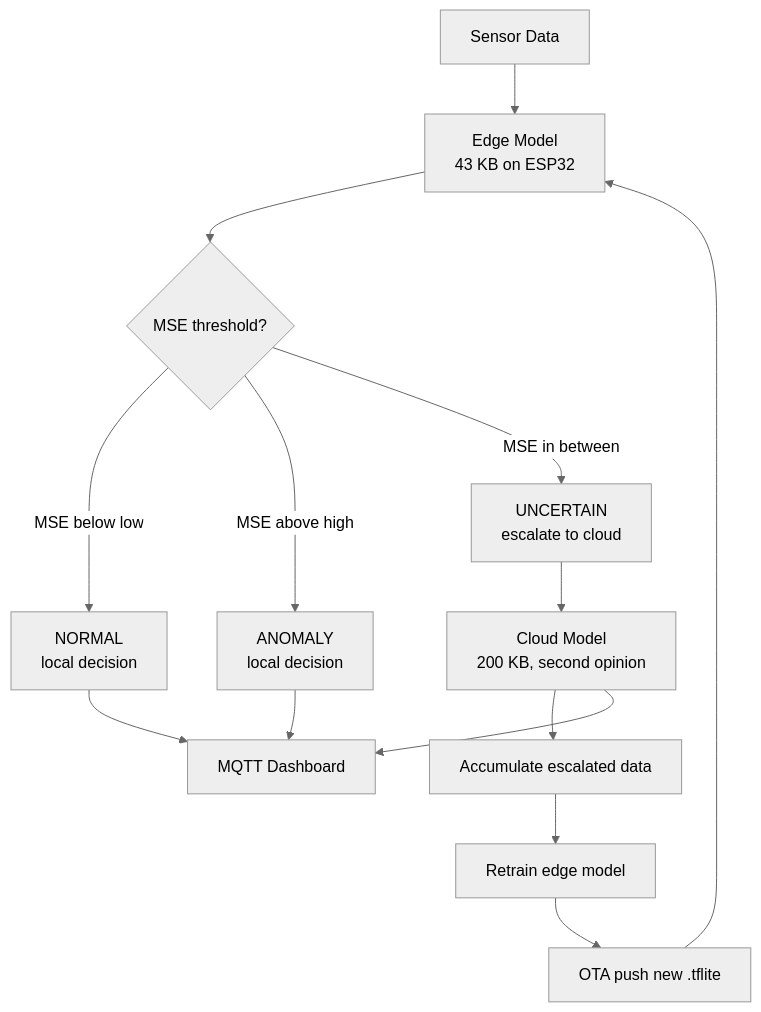
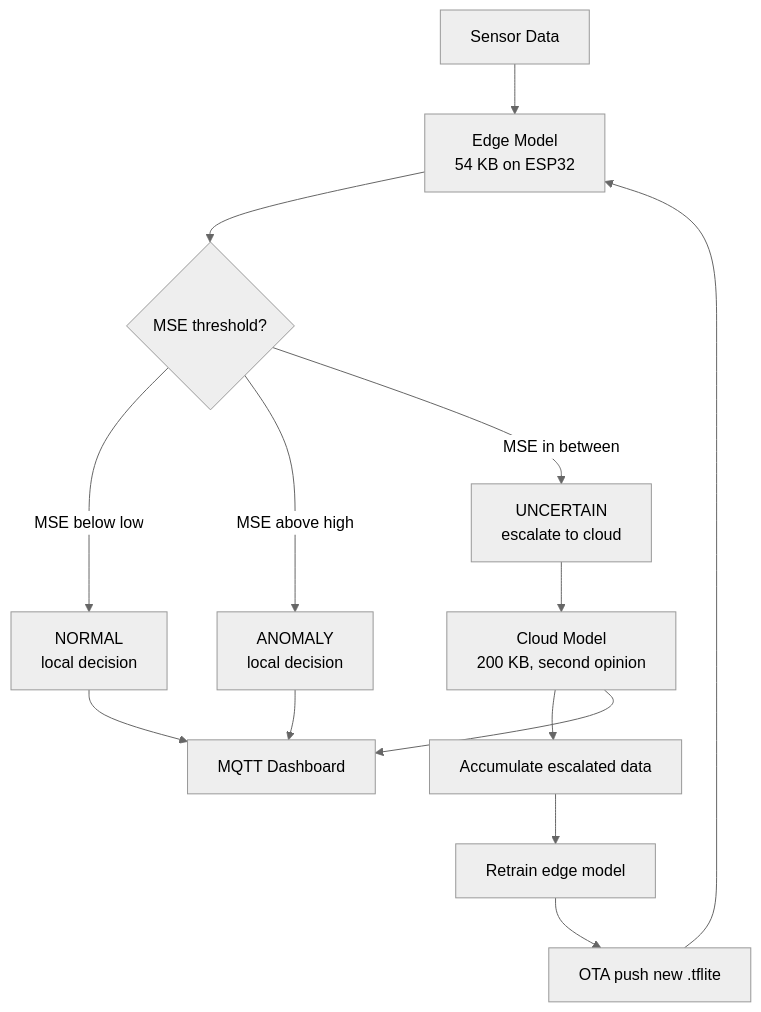
Before and after one commit to SiliconWit/edge-ai-tinyml: the diagram in edge-cloud-hybrid-architecture.mdx, drawn with Mermaid (neutral theme). The commit also changed other lines of this file and 9 other files, not shown here.

Commit message:
Make the Edge AI firmware build with current TFLite Micro, set the anomaly threshold from a quiet baseline and measure every model

````diff
--- a/edge-cloud-hybrid-architecture.mdx
+++ b/edge-cloud-hybrid-architecture.mdx
@@ -62,16 +62,16 @@
 ```mermaid
 flowchart TD
-    A[Sensor Data] --> B[Edge Model\n43 KB on ESP32]
+    A[Sensor Data] --> B[Edge Model\n54 KB on ESP32]
     B --> C{MSE threshold?}
     C -- MSE below low --> D[NORMAL\nlocal decision]
     C -- MSE above high --> E[ANOMALY\nlocal decision]
     C -- MSE in between --> F[UNCERTAIN\nescalate to cloud]
     F --> G[Cloud Model\n200 KB, second opinion]
     G --> H[Accumulate escalated data]
     H --> I[Retrain edge model]
     I --> J[OTA push new .tflite]
     J --> B
     D --> K[MQTT Dashboard]
     E --> K
     G --> K
 ```
````
